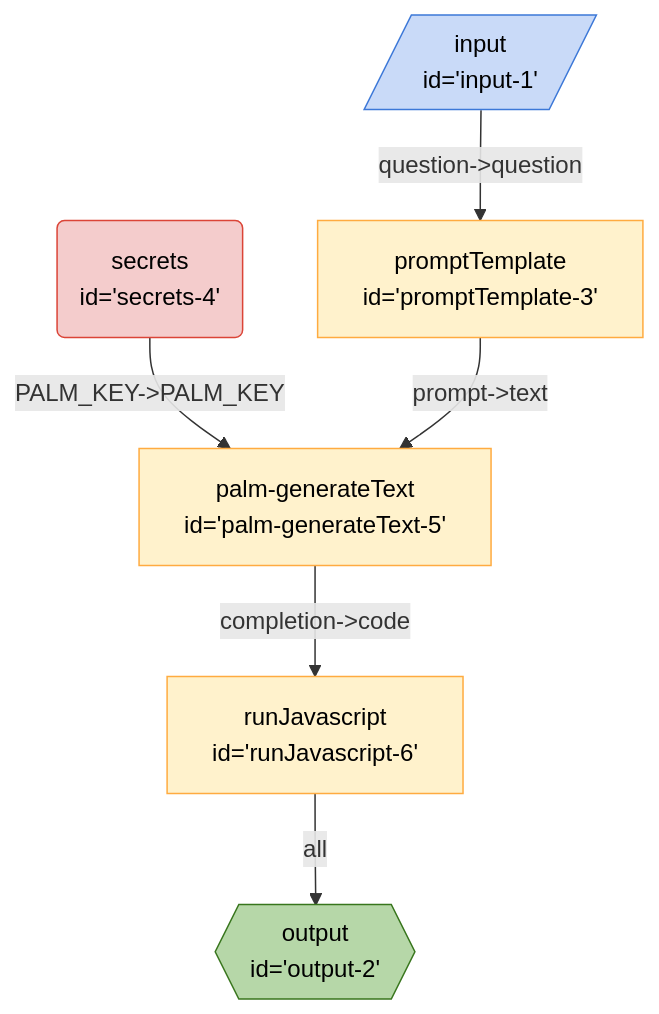
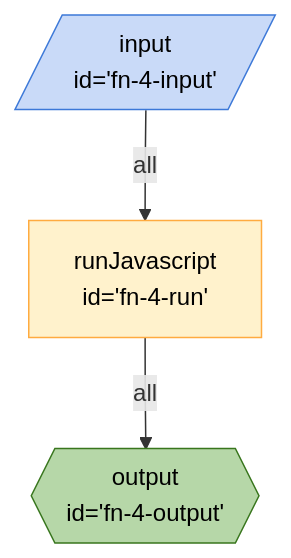
Before and after one commit to breadboard-ai/breadboard: the diagram in packages/breadboard-web/docs/graphs/math-chain.md, drawn with Mermaid. The commit also changed 43 other files, not shown here.

````diff
--- a/packages/breadboard-web/docs/graphs/math-chain.md
+++ b/packages/breadboard-web/docs/graphs/math-chain.md
@@ -3,17 +3,14 @@
 ```mermaid
 %%{init: 'themeVariables': { 'fontFamily': 'Fira Code, monospace' }}%%
 graph TD;
-runJavascript6["runJavascript <br> id='runJavascript-6'"] -- all --> output2{{"output <br> id='output-2'"}}:::output
-palmgenerateText5["palm-generateText <br> id='palm-generateText-5'"] -- "completion->code" --> runJavascript6["runJavascript <br> id='runJavascript-6'"]
-secrets4("secrets <br> id='secrets-4'"):::secrets -- "PALM_KEY->PALM_KEY" --> palmgenerateText5["palm-generateText <br> id='palm-generateText-5'"]
-promptTemplate3["promptTemplate <br> id='promptTemplate-3'"] -- "prompt->text" --> palmgenerateText5["palm-generateText <br> id='palm-generateText-5'"]
-input1[/"input <br> id='input-1'"/]:::input -- "question->question" --> promptTemplate3["promptTemplate <br> id='promptTemplate-3'"]
+fn4input[/"input <br> id='fn-4-input'"/]:::input -- all --> fn4run["runJavascript <br> id='fn-4-run'"]
+fn4run["runJavascript <br> id='fn-4-run'"] -- all --> fn4output{{"output <br> id='fn-4-output'"}}:::output
 classDef default stroke:#ffab40,fill:#fff2ccff,color:#000
 classDef input stroke:#3c78d8,fill:#c9daf8ff,color:#000
 classDef output stroke:#38761d,fill:#b6d7a8ff,color:#000
 classDef passthrough stroke:#a64d79,fill:#ead1dcff,color:#000
 classDef slot stroke:#a64d79,fill:#ead1dcff,color:#000
 classDef config stroke:#a64d79,fill:#ead1dcff,color:#000
 classDef secrets stroke:#db4437,fill:#f4cccc,color:#000
 classDef slotted stroke:#a64d79
 ```
````
